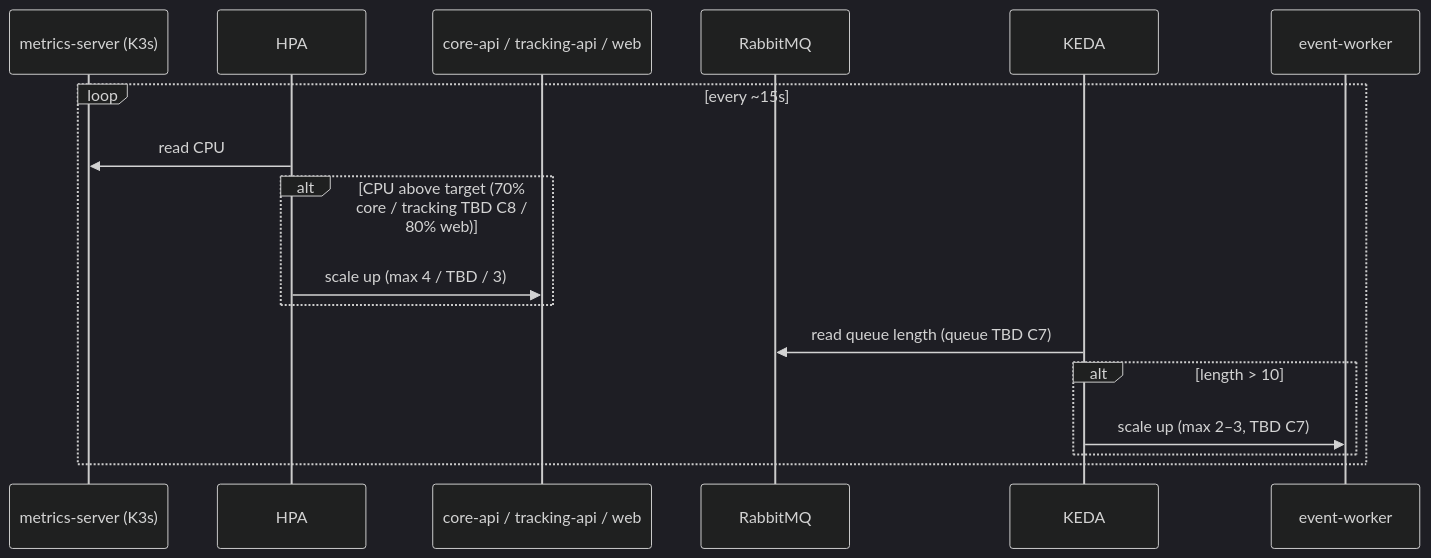
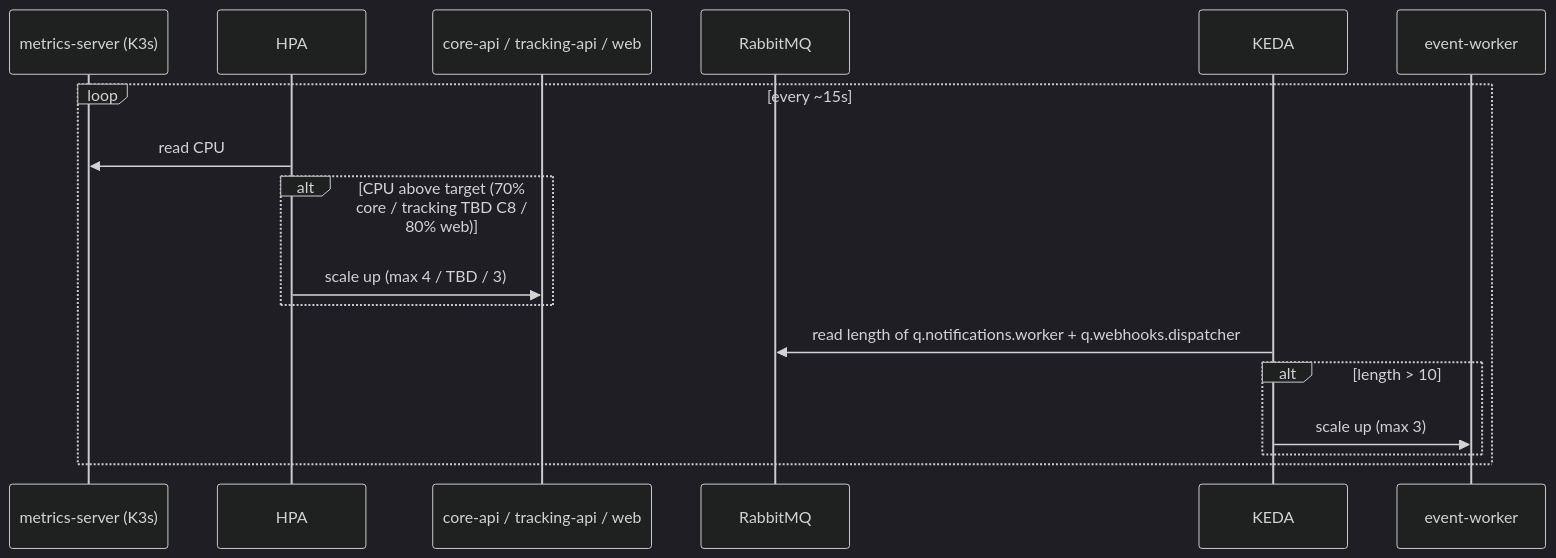
The sixth of 6 diagrams in docs/drafts/member-09-devops-k8s/doc-02-functional-flows-and-business-rules.md (phantomTroupeEAD/SwiftDrop), drawn with Mermaid (dark theme) before and after one commit. The commit also changed other lines of this file and 9 other files, not shown here.

````diff
--- a/docs/drafts/member-09-devops-k8s/doc-02-functional-flows-and-business-rules.md
+++ b/docs/drafts/member-09-devops-k8s/doc-02-functional-flows-and-business-rules.md
@@ -191,20 +191,20 @@
 ```mermaid
 sequenceDiagram
     participant MS as metrics-server (K3s)
     participant HPA as HPA
     participant DEP as core-api / tracking-api / web
     participant MQ as RabbitMQ
     participant KEDA as KEDA
     participant WK as event-worker
 
     loop every ~15s
         HPA->>MS: read CPU
         alt CPU above target (70% core / tracking TBD C8 / 80% web)
             HPA->>DEP: scale up (max 4 / TBD / 3)
         end
-        KEDA->>MQ: read queue length (queue TBD C7)
+        KEDA->>MQ: read length of q.notifications.worker + q.webhooks.dispatcher
         alt length > 10
-            KEDA->>WK: scale up (max 2–3, TBD C7)
+            KEDA->>WK: scale up (max 3)
         end
     end
 ```
````
